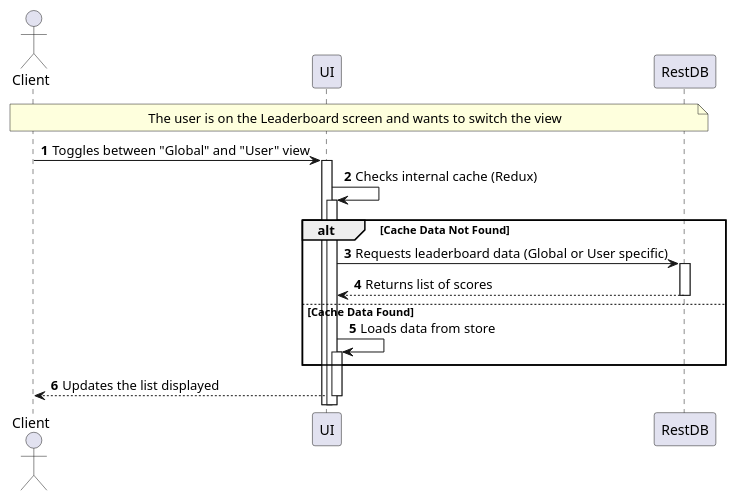
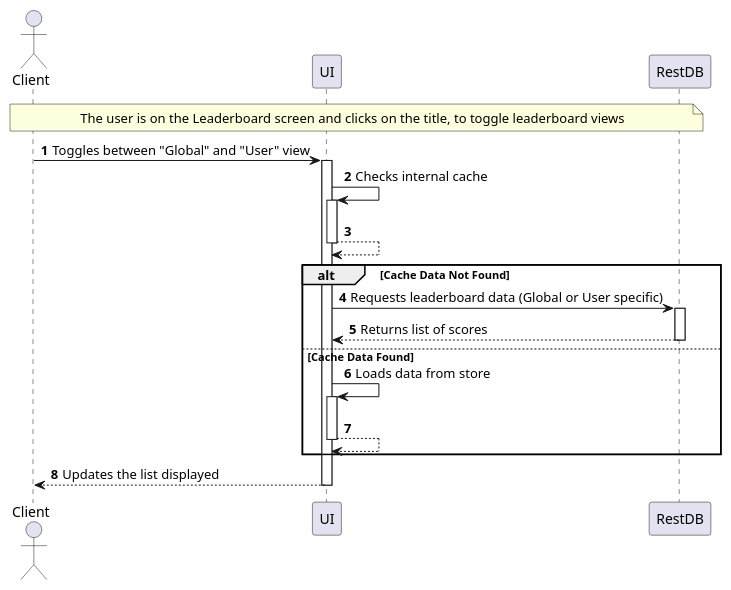
Before and after one commit to 8126Lucas/DSSMV_ProjectReact_1241131_1241008: the diagram in UMLs/puml/System Sequence Diagram/UCLS-SSD/UCLS1-SSD.puml, drawn with PlantUML. The commit also changed 6 other files, not shown here.

Commit message:
- Criação dos diagramas de sequência HPS1 e GS1 - Refatoração dos diagramas de sequência de sistema UCHPS1, UCLS1, UCLS2 e UCGS1 para maior clareza e precisão - Atualização do ficheiro de estado dos diagramas para refletir os novos diagramas e marcar outros como concluídos

```diff
--- a/UMLs/puml/System Sequence Diagram/UCLS-SSD/UCLS1-SSD.puml
+++ b/UMLs/puml/System Sequence Diagram/UCLS-SSD/UCLS1-SSD.puml
@@ -1,23 +1,25 @@
 @startuml
 'https://plantuml.com/sequence-diagram
 
 autonumber
 autoactivate on
 
 Actor "Client" as client
 participant "UI" as ui
 participant "RestDB" as restdb
 
-note over client, restdb: The user is on the Leaderboard screen and wants to switch the view
+note over client, restdb: The user is on the Leaderboard screen and clicks on the title, to toggle leaderboard views
 
 client -> ui: Toggles between "Global" and "User" view
-    ui -> ui: Checks internal cache (Redux)
+    ui -> ui: Checks internal cache
+    ui --> ui
 alt Cache Data Not Found
      ui -> restdb: Requests leaderboard data (Global or User specific)
     restdb --> ui: Returns list of scores
 else Cache Data Found
     ui -> ui: Loads data from store
+    ui --> ui
 end
 ui --> client: Updates the list displayed
 
 @enduml
```
